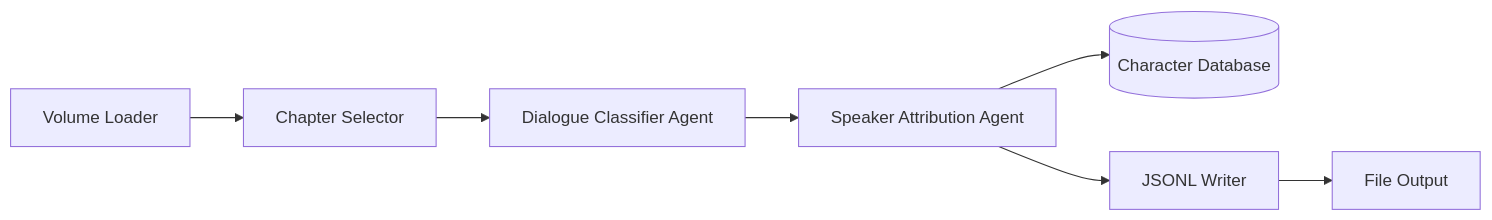
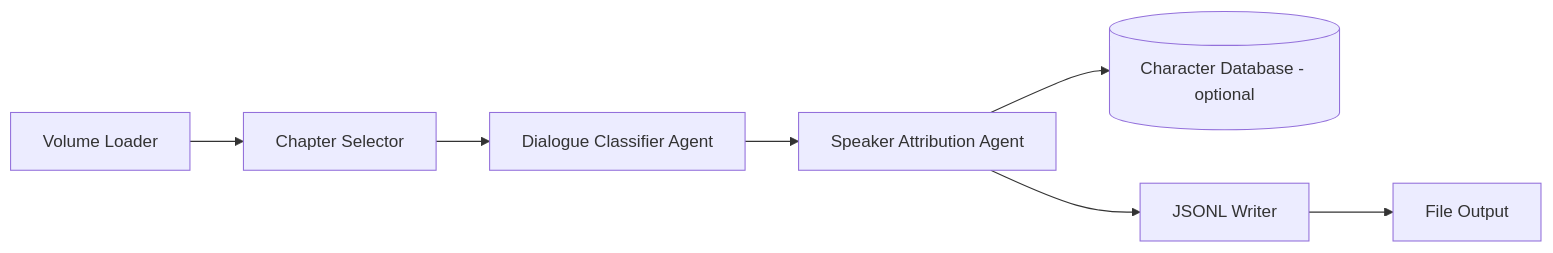
Before and after one commit to jwardwell7077/agent-audiobook-maker: the second of 3 diagrams in docs/03-implementation/langflow/README.md, drawn with Mermaid. The commit also changed other lines of this file and 10 other files, not shown here.

Commit message:
docs: align to two-stage; remove legacy two-agent docs; mark DB optional; rename Agent 1/2 to Stage 1/2; update diagrams and guides

````diff
--- a/docs/03-implementation/langflow/README.md
+++ b/docs/03-implementation/langflow/README.md
@@ -165,9 +165,9 @@
 ```mermaid
 graph LR
     A[Volume Loader] --> B[Chapter Selector]
     B --> C[Dialogue Classifier Agent]
     C --> D[Speaker Attribution Agent]
-    D --> E[(Character Database)]
+    D --> E[(Character Database - optional)]
     D --> F[JSONL Writer]
     F --> G[File Output]
 ```
````
